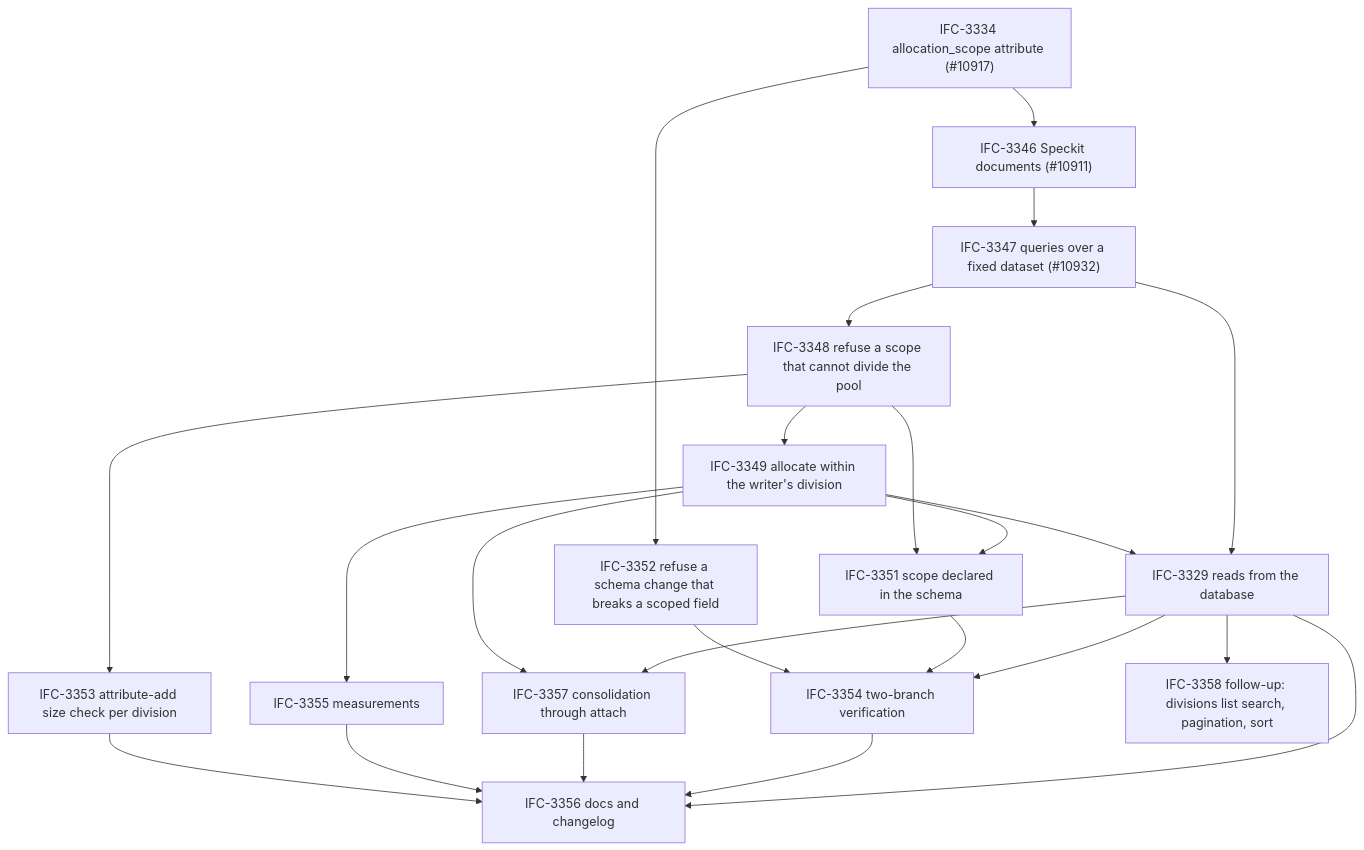
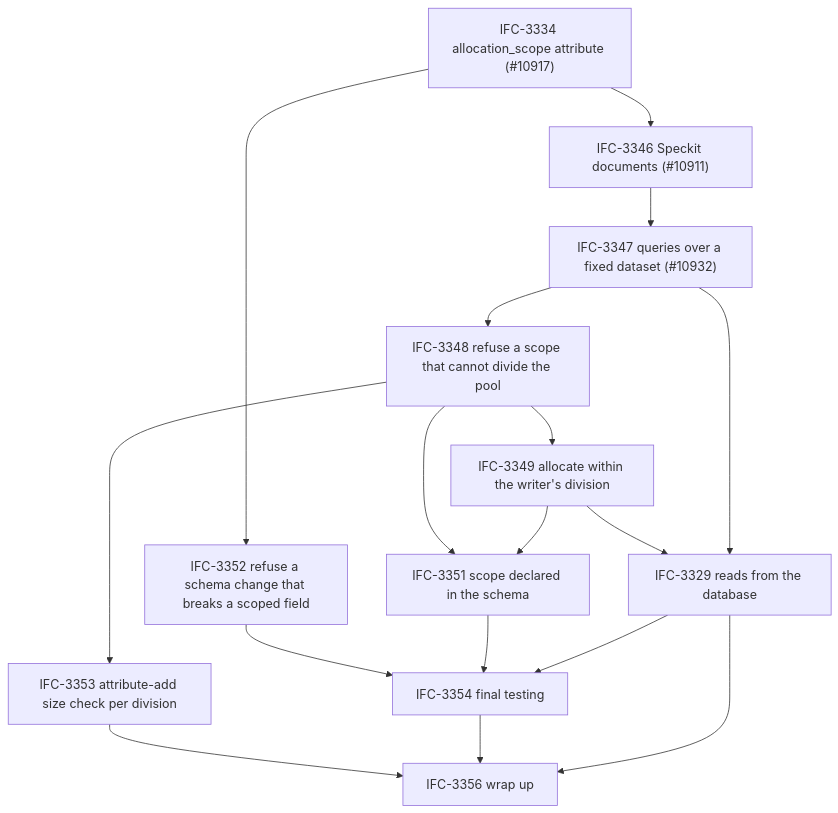
The diagram in dev/specs/ifc-3185-scoped-number-pools/tasks.md (opsmill/infrahub), drawn with Mermaid before and after one commit. The commit also changed other lines of this file and 2 other files, not shown here.

First line of the commit message:
docs(specs): gather the acceptance work into one final testing ticket [IFC-3185]

````diff
--- a/dev/specs/ifc-3185-scoped-number-pools/tasks.md
+++ b/dev/specs/ifc-3185-scoped-number-pools/tasks.md
@@ -935,30 +917,23 @@
 ```mermaid
 flowchart TD
   T3334["IFC-3334 allocation_scope attribute (#10917)"]
   T3346["IFC-3346 Speckit documents (#10911)"]
   T3347["IFC-3347 queries over a fixed dataset (#10932)"]
   T3348["IFC-3348 refuse a scope that cannot divide the pool"]
   T3352["IFC-3352 refuse a schema change that breaks a scoped field"]
   T3349["IFC-3349 allocate within the writer's division"]
   T3353["IFC-3353 attribute-add size check per division"]
   T3351["IFC-3351 scope declared in the schema"]
   T3329["IFC-3329 reads from the database"]
-  T3357["IFC-3357 consolidation through attach"]
-  T3355["IFC-3355 measurements"]
-  T3354["IFC-3354 two-branch verification"]
-  T3356["IFC-3356 docs and changelog"]
-  T3358["IFC-3358 follow-up: divisions list search, pagination, sort"]
+  T3354["IFC-3354 final testing"]
+  T3356["IFC-3356 wrap up"]
 
   T3334 --> T3346 --> T3347 --> T3348 --> T3349 --> T3329
   T3334 --> T3352 --> T3354
   T3347 --> T3329
   T3348 --> T3351
   T3348 --> T3353 --> T3356
   T3349 --> T3351 --> T3354
-  T3349 --> T3355 --> T3356
-  T3349 --> T3357
-  T3329 --> T3357 --> T3356
   T3329 --> T3354 --> T3356
   T3329 --> T3356
-  T3329 --> T3358
 ```
````
